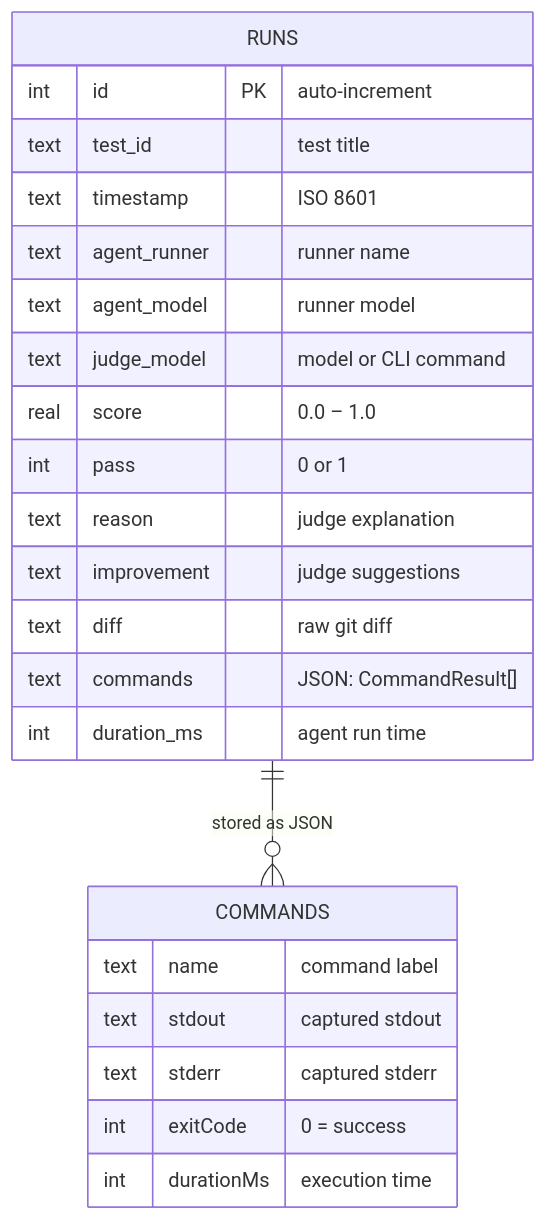
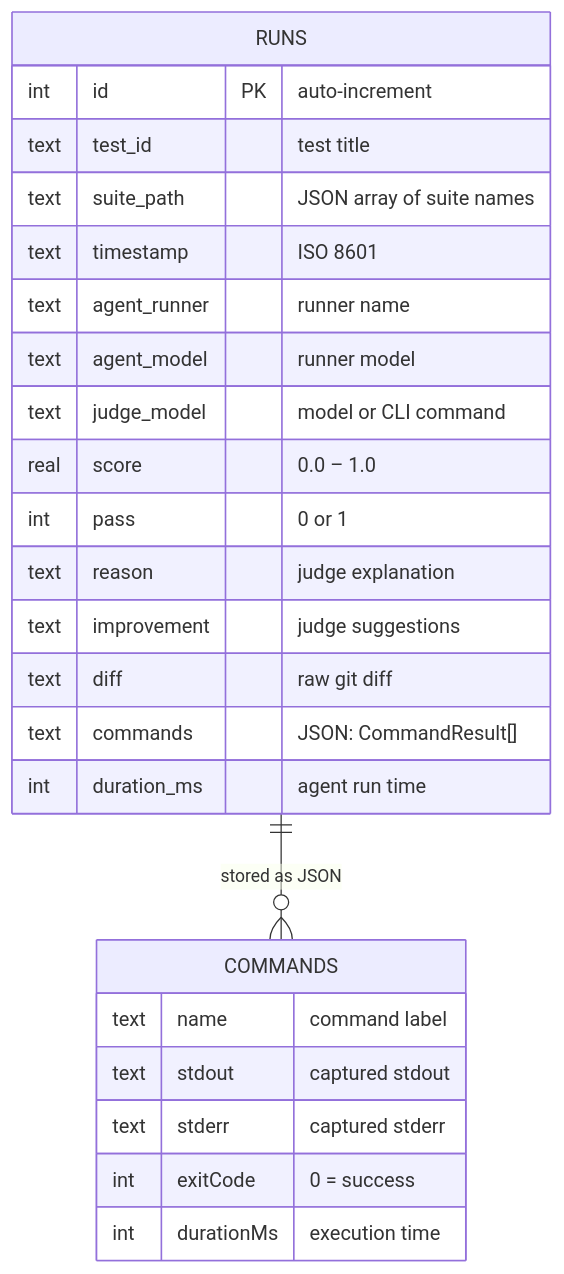
One commit to Tlahey/agent-eval changed the fifth of 5 diagrams in apps/docs/guide/architecture.md. Above: the diagram before and after it, drawn with Mermaid. The commit also changed 22 other files, not shown here.

````diff
--- a/apps/docs/guide/architecture.md
+++ b/apps/docs/guide/architecture.md
@@ -227,27 +227,28 @@
 ```mermaid
 erDiagram
     RUNS {
         int id PK "auto-increment"
         text test_id "test title"
+        text suite_path "JSON array of suite names"
         text timestamp "ISO 8601"
         text agent_runner "runner name"
         text agent_model "runner model"
         text judge_model "model or CLI command"
         real score "0.0 – 1.0"
         int pass "0 or 1"
         text reason "judge explanation"
         text improvement "judge suggestions"
         text diff "raw git diff"
         text commands "JSON: CommandResult[]"
         int duration_ms "agent run time"
     }
 
     RUNS ||--o{ COMMANDS : "stored as JSON"
     COMMANDS {
         text name "command label"
         text stdout "captured stdout"
         text stderr "captured stderr"
         int exitCode "0 = success"
         int durationMs "execution time"
     }
 ```
````
